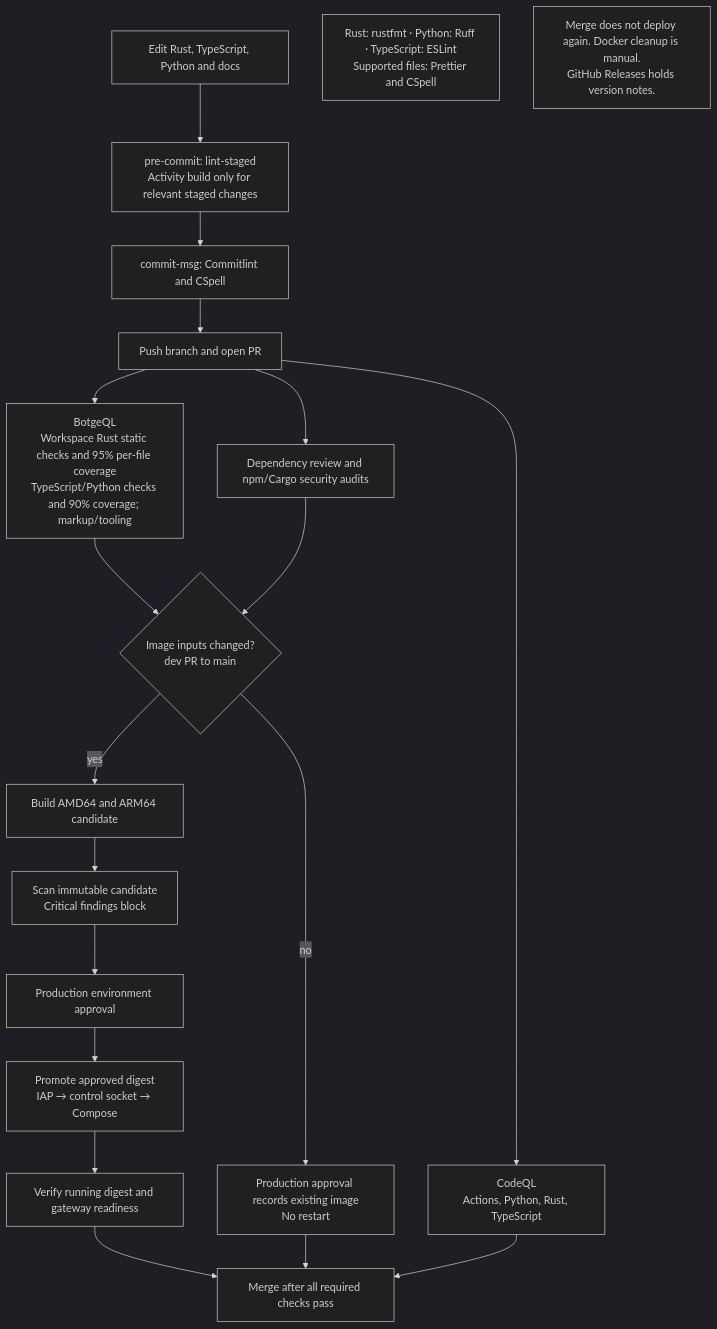
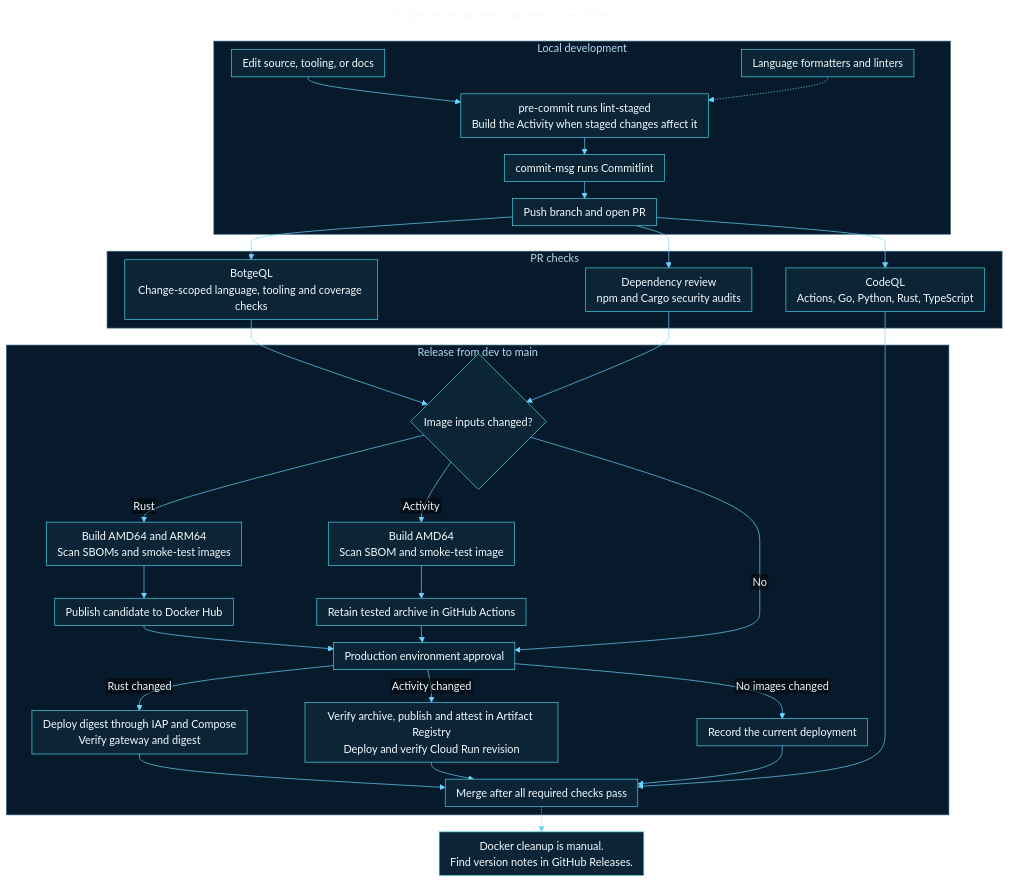
The diagram in docs/diagrams/development-workflow.mmd (MrewyOrg/Botge), drawn with Mermaid before and after one commit. The commit also changed 27 other files, not shown here.

Commit message:
docs(release): update hosting, operations, and language guidance

```diff
--- a/docs/diagrams/development-workflow.mmd
+++ b/docs/diagrams/development-workflow.mmd
@@ -1,15 +1,48 @@
-%%{init: {"theme":"dark"}}%%
+---
+title: Botge development and release workflow
+config:
+  theme: base
+  fontFamily: "Arial, sans-serif"
+  markdownAutoWrap: false
+  flowchart:
+    htmlLabels: false
+    wrappingWidth: 340
+    nodeSpacing: 32
+    rankSpacing: 25
+    padding: 8
+  themeVariables:
+    darkMode: true
+    background: "#041221"
+    primaryColor: "#0b2536"
+    primaryBorderColor: "#46d4e7"
+    primaryTextColor: "#f4fbff"
+    clusterBkg: "#071a2c"
+    clusterBorder: "#30657c"
+    textColor: "#f4fbff"
+    lineColor: "#6ad5ff"
+    fontFamily: "Arial, sans-serif"
+---
 flowchart TB
-    edit["Edit Rust, TypeScript, Python and docs"] --> staged["pre-commit: lint-staged<br/>Activity build only for relevant staged changes"]
-    staged --> message["commit-msg: Commitlint and CSpell"] --> pr["Push branch and open PR"]
-    tools["Rust: rustfmt · Python: Ruff · TypeScript: ESLint<br/>Supported files: Prettier and CSpell"]
-    pr --> quality["BotgeQL<br/>Workspace Rust static checks and 95% per-file coverage<br/>TypeScript/Python checks and 90% coverage; markup/tooling"]
-    pr --> codeql["CodeQL<br/>Actions, Python, Rust, TypeScript"]
-    pr --> deps["Dependency review and npm/Cargo security audits"]
-    quality & deps --> changed{"Image inputs changed?<br/>dev PR to main"}
-    changed -->|yes| image["Build AMD64 and ARM64 candidate"] --> scan["Scan immutable candidate<br/>Critical findings block"]
-    scan --> approval["Production environment approval"] --> deploy["Promote approved digest<br/>IAP → control socket → Compose"]
-    deploy --> verify["Verify running digest and gateway readiness"] --> merge["Merge after all required checks pass"]
-    changed -->|no| record["Production approval records existing image<br/>No restart"] --> merge
+    subgraph local[Local development]
+        edit["Edit source, tooling, or docs"] --> staged["pre-commit runs lint-staged<br/>Build the Activity when staged changes affect it"]
+        staged --> message["commit-msg runs Commitlint"] --> pr["Push branch and open PR"]
+        tools["Language formatters and linters"] -.-> staged
+    end
+    subgraph checks[PR checks]
+        quality["BotgeQL<br/>Change-scoped language, tooling and coverage checks"]
+        codeql["CodeQL<br/>Actions, Go, Python, Rust, TypeScript"]
+        deps["Dependency review<br/>npm and Cargo security audits"]
+    end
+    subgraph release[Release from dev to main]
+        changed{"Image inputs changed?"}
+        changed -->|Rust| rust["Build AMD64 and ARM64<br/>Scan SBOMs and smoke-test images"] --> hub["Publish candidate to Docker Hub"] --> approval
+        changed -->|Activity| go["Build AMD64<br/>Scan SBOM and smoke-test image"] --> artifact["Retain tested archive in GitHub Actions"] --> approval
+        changed -->|No| approval["Production environment approval"]
+        approval -->|Rust changed| vm["Deploy digest through IAP and Compose<br/>Verify gateway and digest"] --> merge
+        approval -->|Activity changed| run["Verify archive, publish and attest in Artifact Registry<br/>Deploy and verify Cloud Run revision"] --> merge
+        approval -->|No images changed| record["Record the current deployment"] --> merge["Merge after all required checks pass"]
+    end
+    pr --> quality & codeql & deps
+    quality & deps --> changed
     codeql --> merge
-    note["Merge does not deploy again. Docker cleanup is manual.<br/>GitHub Releases holds version notes."]
+    merge -.-> note["Docker cleanup is manual.<br/>Find version notes in GitHub Releases."]
```
